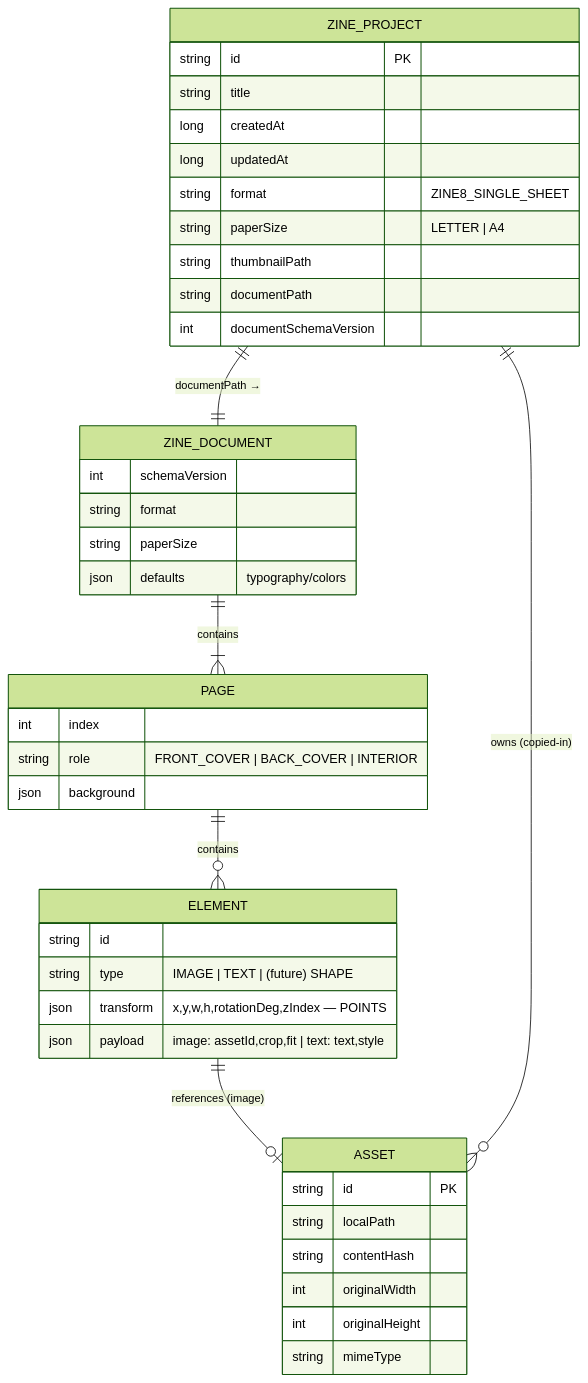
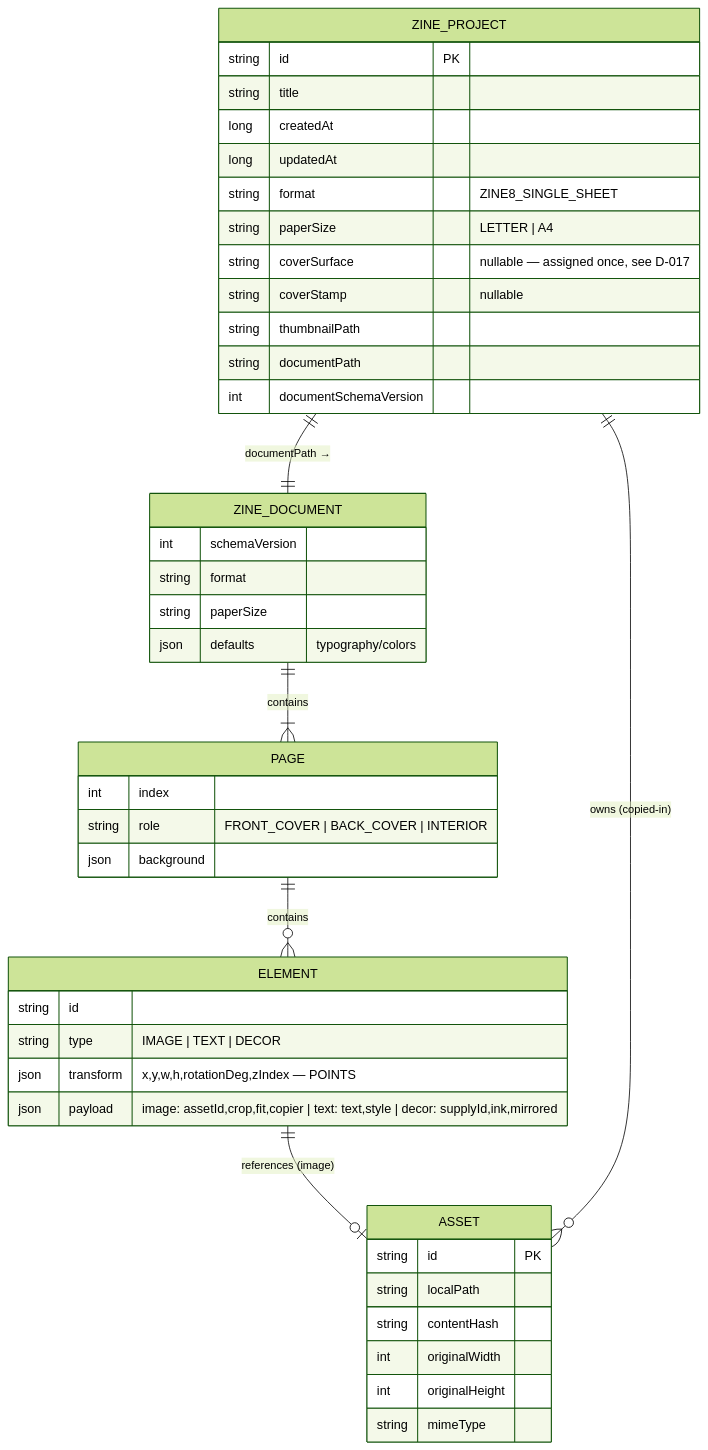
The third of 10 diagrams in docs/ARCHITECTURE.md (aritr-codes/zinely-android), drawn with Mermaid (forest theme) before and after one commit. The commit also changed other lines of this file and 389 other files, not shown here.

````diff
--- a/docs/ARCHITECTURE.md
+++ b/docs/ARCHITECTURE.md
@@ -152,45 +229,47 @@
 ```mermaid
 erDiagram
     ZINE_PROJECT ||--|| ZINE_DOCUMENT : "documentPath →"
     ZINE_DOCUMENT ||--|{ PAGE : contains
     PAGE ||--o{ ELEMENT : contains
     ELEMENT ||--o| ASSET : "references (image)"
     ZINE_PROJECT ||--o{ ASSET : "owns (copied-in)"
 
     ZINE_PROJECT {
         string id PK
         string title
         long   createdAt
         long   updatedAt
         string format "ZINE8_SINGLE_SHEET"
         string paperSize "LETTER | A4"
+        string coverSurface "nullable — assigned once, see D-017"
+        string coverStamp "nullable"
         string thumbnailPath
         string documentPath
         int    documentSchemaVersion
     }
     ZINE_DOCUMENT {
         int    schemaVersion
         string format
         string paperSize
         json   defaults "typography/colors"
     }
     PAGE {
         int    index
         string role "FRONT_COVER | BACK_COVER | INTERIOR"
         json   background
     }
     ELEMENT {
         string id
-        string type "IMAGE | TEXT | (future) SHAPE"
+        string type "IMAGE | TEXT | DECOR"
         json   transform "x,y,w,h,rotationDeg,zIndex — POINTS"
-        json   payload "image: assetId,crop,fit | text: text,style"
+        json   payload "image: assetId,crop,fit,copier | text: text,style | decor: supplyId,ink,mirrored"
     }
     ASSET {
         string id PK
         string localPath
         string contentHash
         int    originalWidth
         int    originalHeight
         string mimeType
     }
 ```
````
